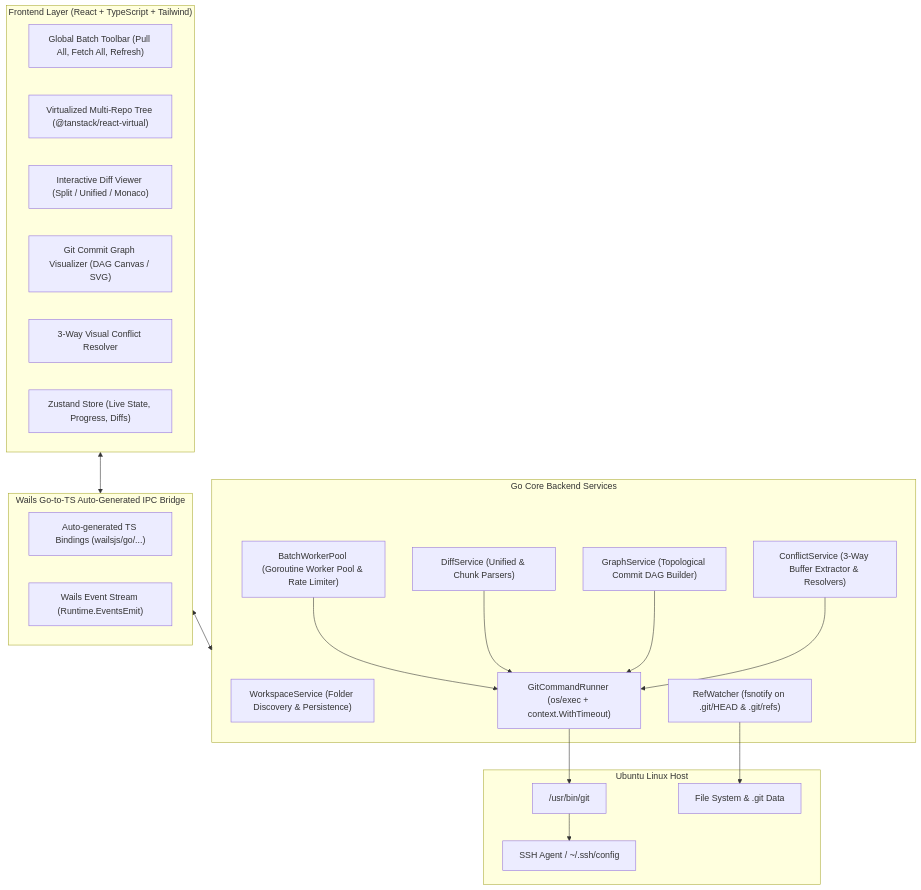
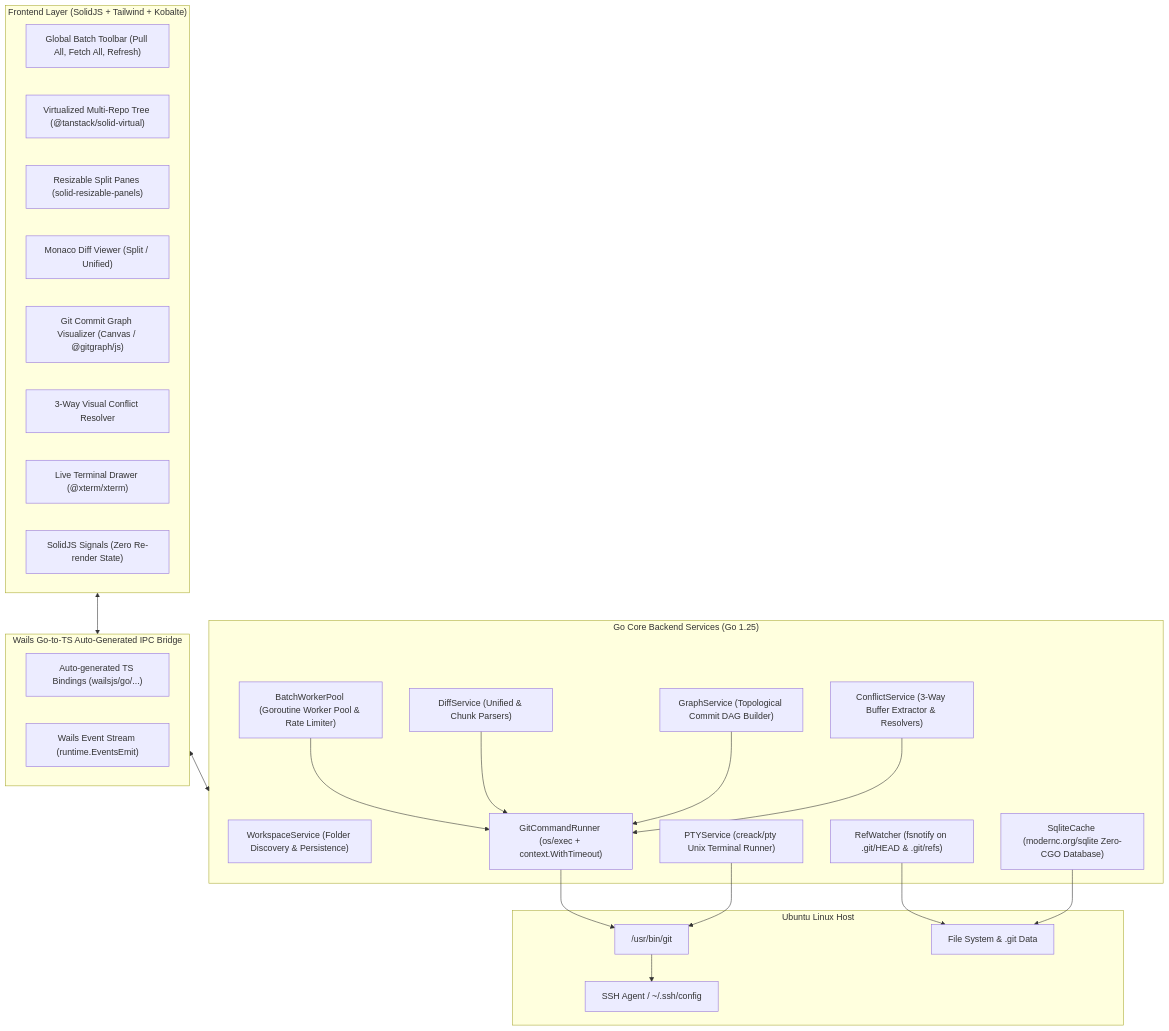
The diagram in docs/architecture_design.md (prostiate/onogitree), drawn with Mermaid before and after one commit. The commit also changed other lines of this file and 4 other files, not shown here.

First line of the commit message:
docs: synchronize all architecture docs with Go Wails and SolidJS decision

````diff
--- a/docs/architecture_design.md
+++ b/docs/architecture_design.md
@@ -9,42 +9,48 @@
 ```mermaid
 graph TB
-    subgraph Frontend ["Frontend Layer (React + TypeScript + Tailwind)"]
+    subgraph Frontend_Layer ["Frontend Layer (SolidJS + Tailwind + Kobalte)"]
         Toolbar["Global Batch Toolbar (Pull All, Fetch All, Refresh)"]
-        VirtualTree["Virtualized Multi-Repo Tree (@tanstack/react-virtual)"]
-        DiffViewer["Interactive Diff Viewer (Split / Unified / Monaco)"]
-        GraphViewer["Git Commit Graph Visualizer (DAG Canvas / SVG)"]
+        VirtualTree["Virtualized Multi-Repo Tree (@tanstack/solid-virtual)"]
+        Panes["Resizable Split Panes (solid-resizable-panels)"]
+        DiffViewer["Monaco Diff Viewer (Split / Unified)"]
+        GraphViewer["Git Commit Graph Visualizer (Canvas / @gitgraph/js)"]
         ConflictResolver["3-Way Visual Conflict Resolver"]
-        Store["Zustand Store (Live State, Progress, Diffs)"]
+        TerminalDrawer["Live Terminal Drawer (@xterm/xterm)"]
+        SignalStore["SolidJS Signals (Zero Re-render State)"]
     end
 
     subgraph Wails_Bridge ["Wails Go-to-TS Auto-Generated IPC Bridge"]
         Bindings["Auto-generated TS Bindings (wailsjs/go/...)"]
-        EventBus["Wails Event Stream (Runtime.EventsEmit)"]
+        EventBus["Wails Event Stream (runtime.EventsEmit)"]
     end
 
-    subgraph Go_Backend ["Go Core Backend Services"]
+    subgraph Go_Backend ["Go Core Backend Services (Go 1.25)"]
         WorkspaceSvc["WorkspaceService (Folder Discovery & Persistence)"]
         BatchPool["BatchWorkerPool (Goroutine Worker Pool & Rate Limiter)"]
         GitCmdRunner["GitCommandRunner (os/exec + context.WithTimeout)"]
         DiffSvc["DiffService (Unified & Chunk Parsers)"]
         GraphSvc["GraphService (Topological Commit DAG Builder)"]
         ConflictSvc["ConflictService (3-Way Buffer Extractor & Resolvers)"]
         RefWatcher["RefWatcher (fsnotify on .git/HEAD & .git/refs)"]
+        PTYSvc["PTYService (creack/pty Unix Terminal Runner)"]
+        SqliteCache["SqliteCache (modernc.org/sqlite Zero-CGO Database)"]
     end
 
     subgraph Host_OS ["Ubuntu Linux Host"]
         GitBinary["/usr/bin/git"]
         SSHKey["SSH Agent / ~/.ssh/config"]
         FileSystem["File System & .git Data"]
     end
 
-    Frontend <--> Wails_Bridge
+    Frontend_Layer <--> Wails_Bridge
     Wails_Bridge <--> Go_Backend
     GitCmdRunner --> GitBinary
     BatchPool --> GitCmdRunner
     DiffSvc --> GitCmdRunner
     GraphSvc --> GitCmdRunner
     ConflictSvc --> GitCmdRunner
+    PTYSvc --> GitBinary
     RefWatcher --> FileSystem
+    SqliteCache --> FileSystem
     GitBinary --> SSHKey
 ```
````
